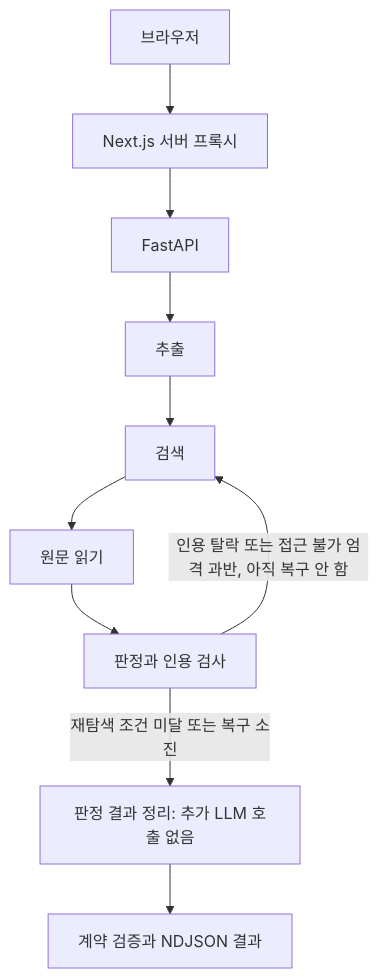
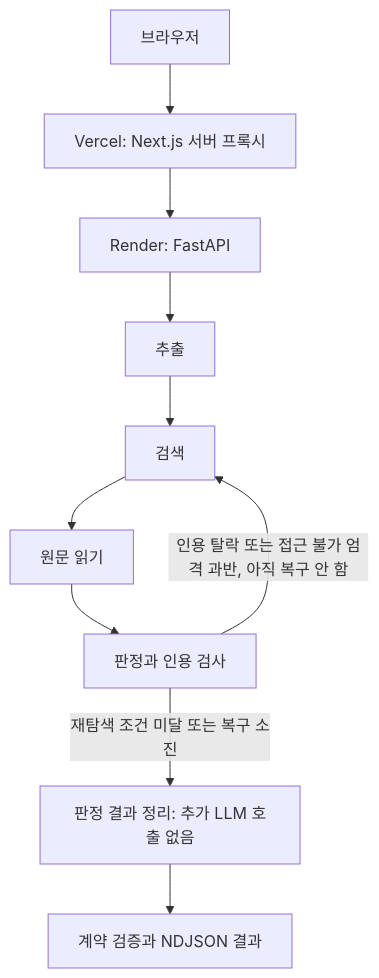
One commit to encore-ai-campus/aio-02-p2-team4 changed the second of 3 diagrams in docs/아키텍처.md. Above: the diagram before and after it, drawn with Mermaid. The commit also changed other lines of this file and 4 other files, not shown here.

Commit message:
docs: align deployment docs with Vercel and Render

````diff
--- a/docs/아키텍처.md
+++ b/docs/아키텍처.md
@@ -40,12 +49,12 @@
 ```mermaid
 flowchart TD
-    UI[브라우저] --> Proxy[Next.js 서버 프록시]
-    Proxy --> API[FastAPI]
+    UI[브라우저] --> Proxy[Vercel: Next.js 서버 프록시]
+    Proxy --> API[Render: FastAPI]
     API --> Extract[추출]
     Extract --> Search[검색]
     Search --> Read[원문 읽기]
     Read --> Verify[판정과 인용 검사]
     Verify -->|인용 탈락 또는 접근 불가 엄격 과반, 아직 복구 안 함| Search
     Verify -->|재탐색 조건 미달 또는 복구 소진| Assemble[판정 결과 정리: 추가 LLM 호출 없음]
     Assemble --> Result[계약 검증과 NDJSON 결과]
 ```
````
